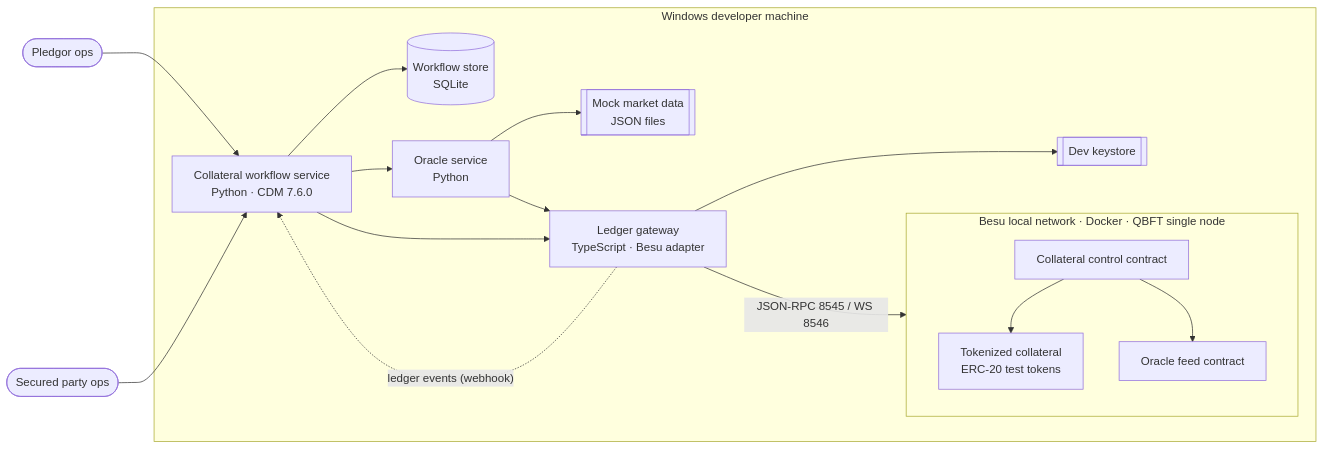
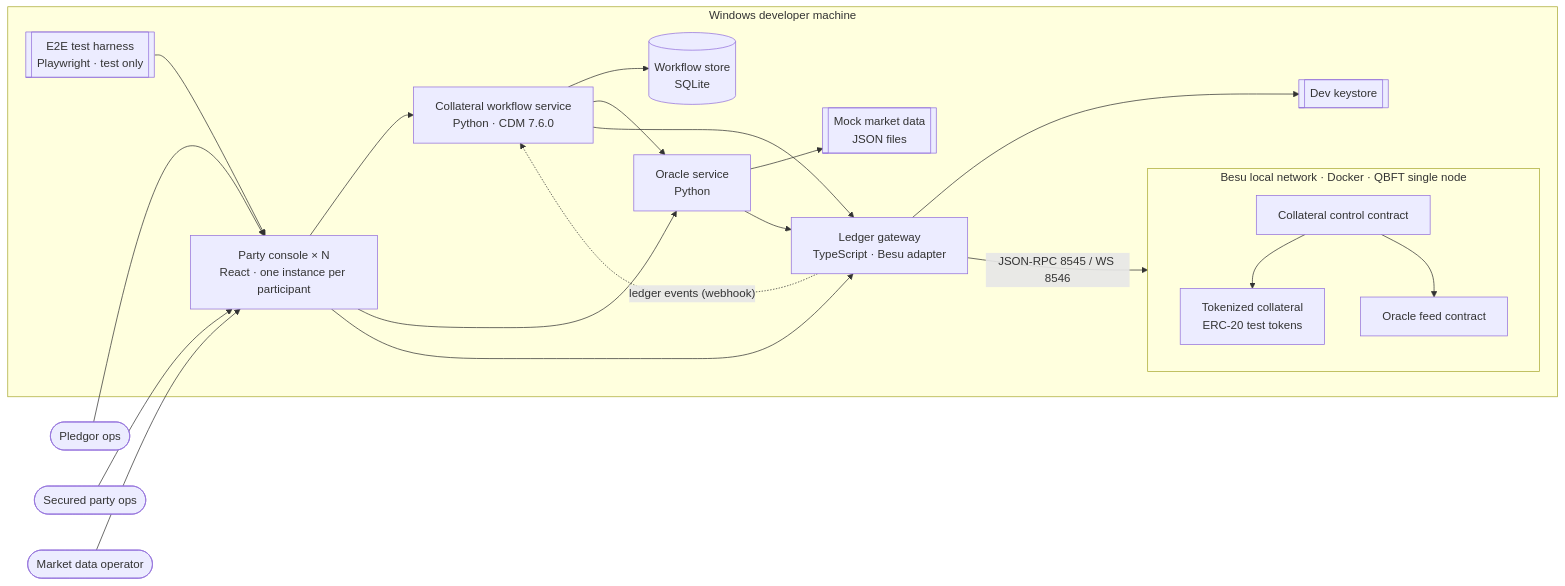
One commit to finos-hack/cdm-collateral changed the diagram in architecture/README.md. Above: the diagram before and after it, drawn with Mermaid. The commit also changed other lines of this file and 17 other files, not shown here.

First line of the commit message:
task-local-environment-setup: party console x N, test plan, Windows setup, architecture page

````diff
--- a/architecture/README.md
+++ b/architecture/README.md
@@ -15,19 +20,24 @@
 ```mermaid
 flowchart LR
-  P([Pledgor ops]) --> CS
-  S([Secured party ops]) --> CS
+  P([Pledgor ops]) --> UI
+  S([Secured party ops]) --> UI
+  M([Market data operator]) --> UI
   subgraph host["Windows developer machine"]
+    UI["Party console × N<br/>React · one instance per participant"] --> CS
+    UI --> OS
+    UI --> LG
+    T[["E2E test harness<br/>Playwright · test only"]] --> UI
     CS["Collateral workflow service<br/>Python · CDM 7.6.0"] --> DB[("Workflow store<br/>SQLite")]
     CS --> OS["Oracle service<br/>Python"]
     OS --> MD[["Mock market data<br/>JSON files"]]
     CS --> LG["Ledger gateway<br/>TypeScript · Besu adapter"]
     OS --> LG
     LG --> KS[["Dev keystore"]]
     LG -. "ledger events (webhook)" .-> CS
     subgraph besu["Besu local network · Docker · QBFT single node"]
       CCC["Collateral control contract"] --> TOK["Tokenized collateral<br/>ERC-20 test tokens"]
       CCC --> OF["Oracle feed contract"]
     end
     LG -- "JSON-RPC 8545 / WS 8546" --> besu
   end
 ```
````
